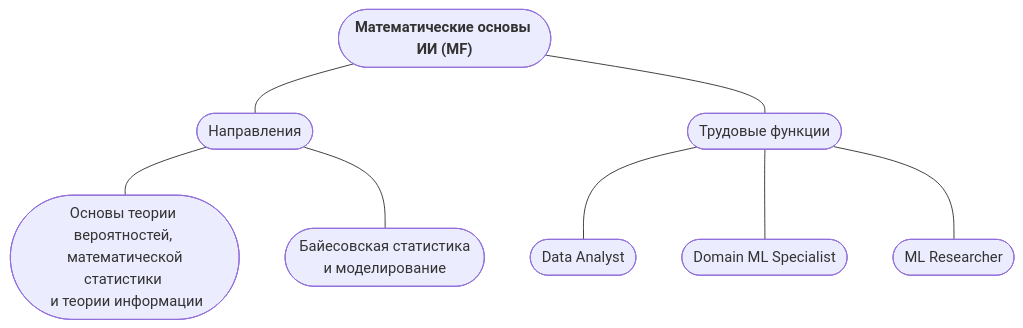
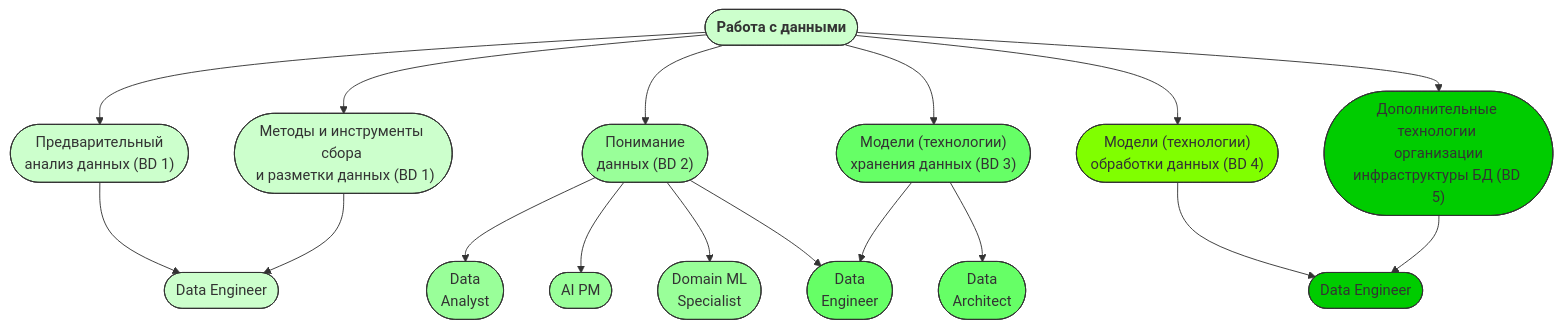
The second of 2 diagrams in README.md (aimclub/ai-competency-model), drawn with Mermaid before and after one commit.

````diff
--- a/README.md
+++ b/README.md
@@ -34,19 +34,40 @@
 ```mermaid
 graph TD;
-classDef areaDataEngineeringStyle fill:#FFFF33,stroke:#333,stroke-width:1px
-classDef aspectDataEngineeringStyle fill:#3BE0EC,stroke:#333,stroke-width:1px
-classDef jobsDataEngineeringStyle fill:#66B2FF,stroke:#333,stroke-width:1px
+classDef BD1Style fill:#CCFFCC,stroke:#333,stroke-width:1px
+classDef BD2Style fill:#99FF99,stroke:#333,stroke-width:1px
+classDef BD3Style fill:#66FF66,stroke:#333,stroke-width:1px
+classDef BD4Style fill:#80FF00,stroke:#333,stroke-width:1px
+classDef BD5Style fill:#00CC00,stroke:#333,stroke-width:1px
 
-AreaMath(["`**Математические основы ИИ (MF)**`"]):::areaMathStyle ---apectsMath(["Направления"]):::areasMath
-apectsMath ---MathAspect1(["Основы теории вероятностей, <br> математической статистики <br> и теории информации"]):::aspectMathStyle
-apectsMath ---MathAspect2(["Байесовская статистика <br> и моделирование"]):::aspectMathStyle
+areaBD(["`**Работа с данными**`"]):::BD1Style -->aspectPreDataAnalysis(["Предварительный <br> анализ данных (BD 1)"]):::BD1Style
+areaBD -->aspectDataMarkCollection(["Методы и инструменты сбора <br> и разметки данных (BD 1)"]):::BD1Style
+areaBD -->aspectDataUnderstanding(["Понимание <br> данных (BD 2)"]):::BD2Style
+areaBD -->aspectDataStoraging(["Модели (технологии) <br> хранения данных (BD 3)"]):::BD3Style
+areaBD -->aspectDataProcessing(["Модели (технологии) <br> обработки данных (BD 4)"]):::BD4Style
+areaBD -->aspectBDInfrastructure(["Дополнительные технологии <br> организации инфраструктуры БД (BD 5)"]):::BD5Style
 
-AreaMath ---jobsMath(["Трудовые функции"]):::jobsMath
-jobsMath ---MathJobsDataAnalyst(["Data Analyst"]):::jobsMathStyle
-jobsMath ---MathJobsDomainMLSpecialist(["Domain ML Specialist"]):::jobsMathStyle
-jobsMath ---MathJobsMLResearcher(["ML Researcher"]):::jobsMathStyle
+aspectPreDataAnalysis -->jobsDataEngineer(["Data Engineer"]):::BD1Style
+aspectDataMarkCollection -->jobsDataEngineer
 
-click MathJobsDataAnalyst "https://github.com/VoidSubjucator/Competence-Bank/blob/main/Math/AIMathBasics/DataAnalyst.md"
-click MathJobsDomainMLSpecialist "https://github.com/VoidSubjucator/Competence-Bank/blob/main/Math/AIMathBasics/DomainMLSpecialist.md"
-click MathJobsMLResearcher "https://github.com/VoidSubjucator/Competence-Bank/blob/main/Math/AIMathBasics/MLResearcher.md"
+aspectDataUnderstanding -->jobsDataAnalyst(["Data <br> Analyst"]):::BD2Style
+aspectDataUnderstanding -->jobsAIPM(["AI PM"]):::BD2Style
+aspectDataUnderstanding -->jobsDomainMLSpecialist(["Domain ML <br> Specialist"]):::BD2Style
+
+aspectDataUnderstanding -->jobsDataEngineer3(["Data <br> Engineer"]):::BD3Style
+aspectDataStoraging -->jobsDataArchitect(["Data <br> Architect"]):::BD3Style
+aspectDataStoraging -->jobsDataEngineer3(["Data <br> Engineer"]):::BD3Style
+
+aspectDataProcessing -->jobsDataEngineer4(["Data Engineer"]):::BD5Style
+aspectBDInfrastructure -->jobsDataEngineer4
+
+click jobsDataEngineer "https://github.com/VoidSubjucator/Competence-Bank/blob/main/Math/BD/DataEngineer.md"
+click jobsDataEngineer3 "https://github.com/VoidSubjucator/Competence-Bank/blob/main/Math/BD/DataEngineer.md"
+click jobsDataEngineer4 "https://github.com/VoidSubjucator/Competence-Bank/blob/main/Math/BD/DataEngineer.md"
+
+
+click jobsDataAnalyst "https://github.com/VoidSubjucator/Competence-Bank/blob/main/Math/AIMathBasics/DataAnalyst.md"
+click jobsAIPM "https://github.com/VoidSubjucator/Competence-Bank/blob/main/Math/BD/AIPM.md"
+click jobsDomainMLSpecialist "https://github.com/VoidSubjucator/Competence-Bank/blob/main/Math/AIMathBasics/DataAnalyst.md"
+
+click jobsDataArchitect "https://github.com/VoidSubjucator/Competence-Bank/blob/main/Math/BD/DataArchitect.md"
 ```
````
